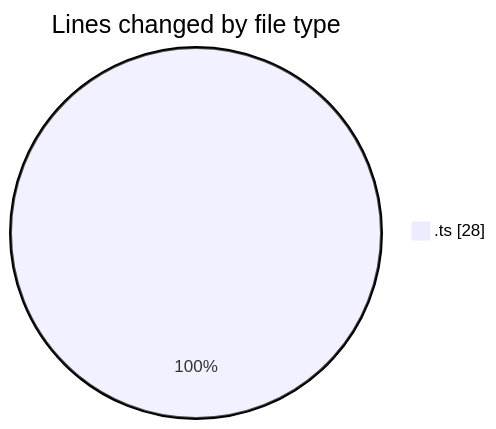
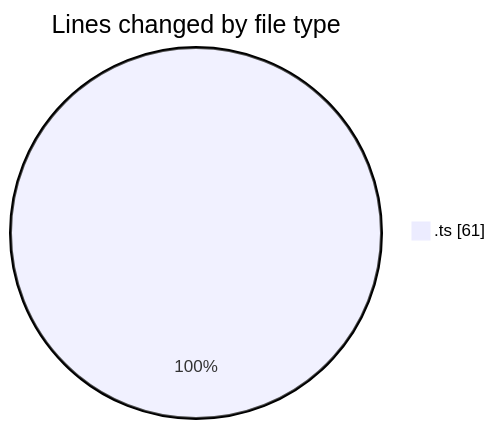
Before and after one commit to momahboobian/code-tracking: the first of 2 diagrams in 2025-05-30/cda/README.md, drawn with Mermaid. The commit also changed other lines of this file and 1 other file, not shown here.

````diff
--- a/2025-05-30/cda/README.md
+++ b/2025-05-30/cda/README.md
@@ -20,5 +20,5 @@
 ```mermaid
 pie showData
 title Lines changed by file type
-".ts" : 28
+".ts" : 61
 ```
````
